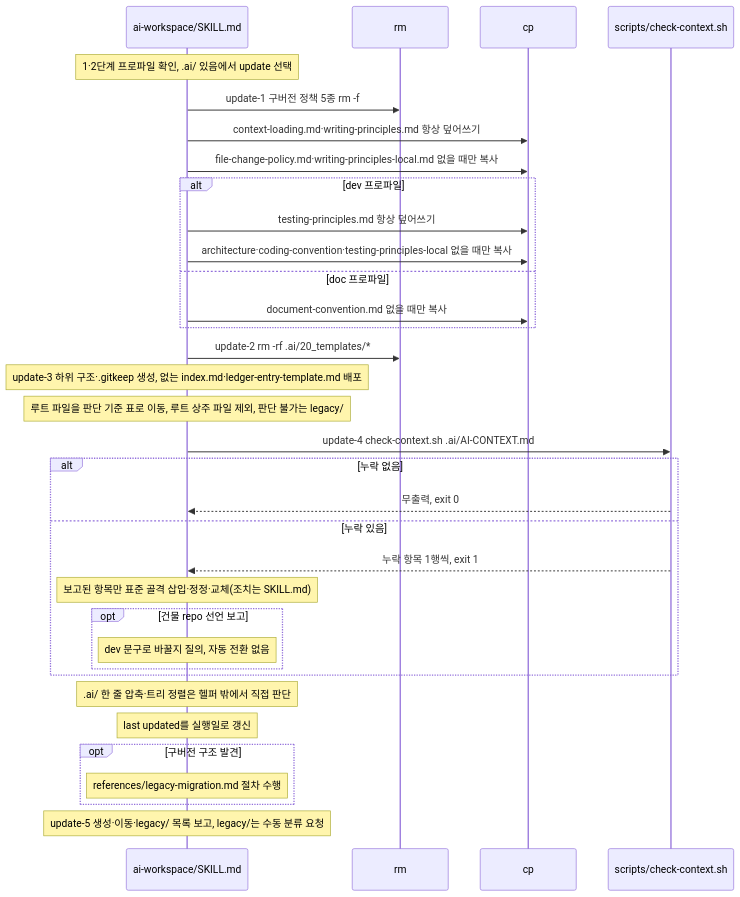
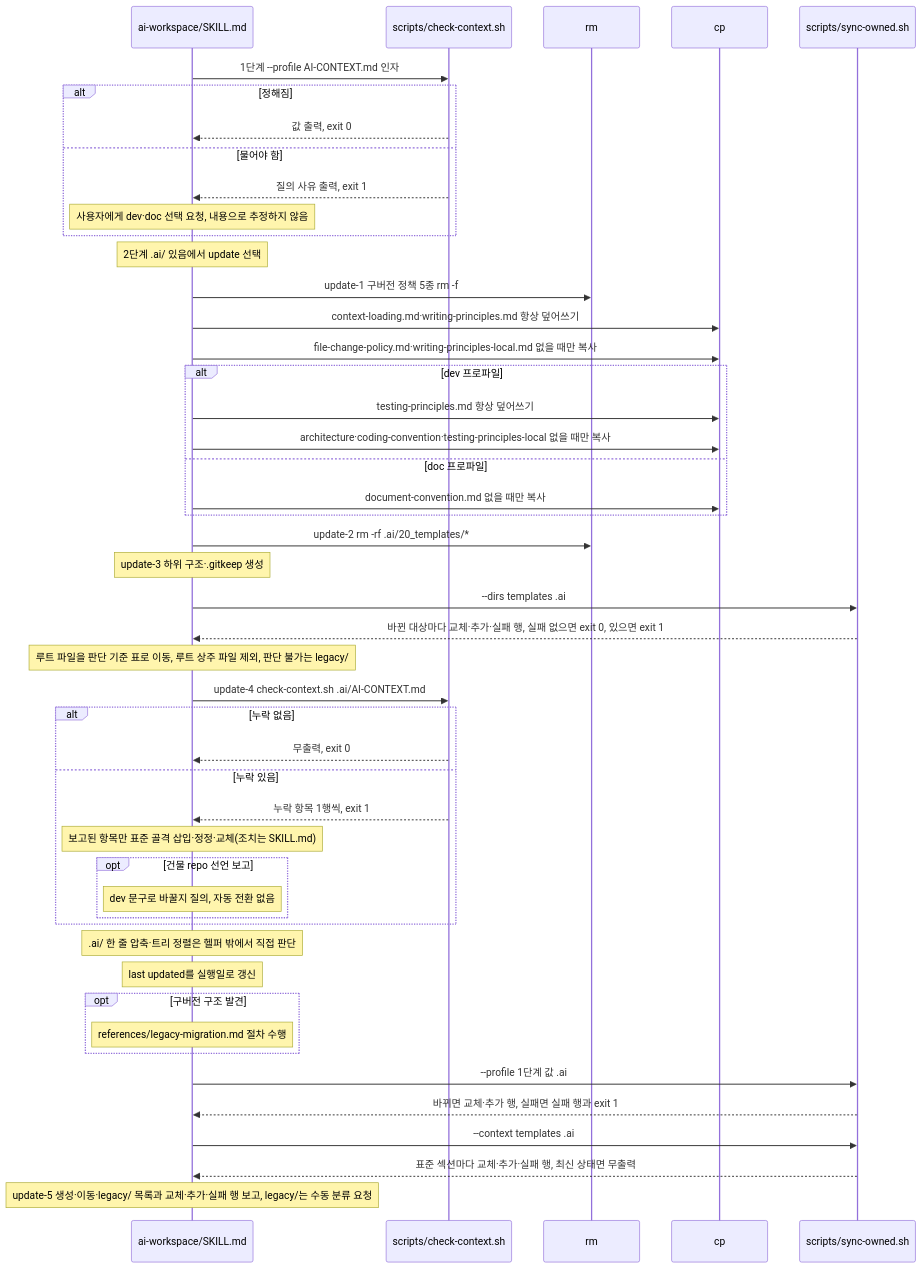
Before and after one commit to scroogy-dev/scroogy-agent-skills: the diagram in .ai/60_codebase/ai-workspace/update-call-flow.md, drawn with Mermaid. The commit also changed other lines of this file and 8 other files, not shown here.

````diff
--- a/.ai/60_codebase/ai-workspace/update-call-flow.md
+++ b/.ai/60_codebase/ai-workspace/update-call-flow.md
@@ -38,37 +45,51 @@
 ```mermaid
 sequenceDiagram
     participant SK as ai-workspace/SKILL.md
+    participant CC as scripts/check-context.sh
     participant RM as rm
     participant CP as cp
-    participant CC as scripts/check-context.sh
+    participant SO as scripts/sync-owned.sh
 
-    Note over SK: 1·2단계 프로파일 확인, .ai/ 있음에서 update 선택
+    SK->>CC: 1단계 --profile AI-CONTEXT.md 인자
+    alt 정해짐
+        CC-->>SK: 값 출력, exit 0
+    else 물어야 함
+        CC-->>SK: 질의 사유 출력, exit 1
+        Note over SK: 사용자에게 dev·doc 선택 요청, 내용으로 추정하지 않음
+    end
+    Note over SK: 2단계 .ai/ 있음에서 update 선택
     SK->>RM: update-1 구버전 정책 5종 rm -f
     SK->>CP: context-loading.md·writing-principles.md 항상 덮어쓰기
     SK->>CP: file-change-policy.md·writing-principles-local.md 없을 때만 복사
     alt dev 프로파일
         SK->>CP: testing-principles.md 항상 덮어쓰기
         SK->>CP: architecture·coding-convention·testing-principles-local 없을 때만 복사
     else doc 프로파일
         SK->>CP: document-convention.md 없을 때만 복사
     end
     SK->>RM: update-2 rm -rf .ai/20_templates/*
-    Note over SK: update-3 하위 구조·.gitkeep 생성, 없는 index.md·ledger-entry-template.md 배포
+    Note over SK: update-3 하위 구조·.gitkeep 생성
+    SK->>SO: --dirs templates .ai
+    SO-->>SK: 바뀐 대상마다 교체·추가·실패 행, 실패 없으면 exit 0, 있으면 exit 1
     Note over SK: 루트 파일을 판단 기준 표로 이동, 루트 상주 파일 제외, 판단 불가는 legacy/
     SK->>CC: update-4 check-context.sh .ai/AI-CONTEXT.md
     alt 누락 없음
         CC-->>SK: 무출력, exit 0
     else 누락 있음
         CC-->>SK: 누락 항목 1행씩, exit 1
         Note over SK: 보고된 항목만 표준 골격 삽입·정정·교체(조치는 SKILL.md)
         opt 건물 repo 선언 보고
             Note over SK: dev 문구로 바꿀지 질의, 자동 전환 없음
         end
     end
     Note over SK: .ai/ 한 줄 압축·트리 정렬은 헬퍼 밖에서 직접 판단
     Note over SK: last updated를 실행일로 갱신
     opt 구버전 구조 발견
         Note over SK: references/legacy-migration.md 절차 수행
     end
-    Note over SK: update-5 생성·이동·legacy/ 목록 보고, legacy/는 수동 분류 요청
+    SK->>SO: --profile 1단계 값 .ai
+    SO-->>SK: 바뀌면 교체·추가 행, 실패면 실패 행과 exit 1
+    SK->>SO: --context templates .ai
+    SO-->>SK: 표준 섹션마다 교체·추가·실패 행, 최신 상태면 무출력
+    Note over SK: update-5 생성·이동·legacy/ 목록과 교체·추가·실패 행 보고, legacy/는 수동 분류 요청
 ```
````
